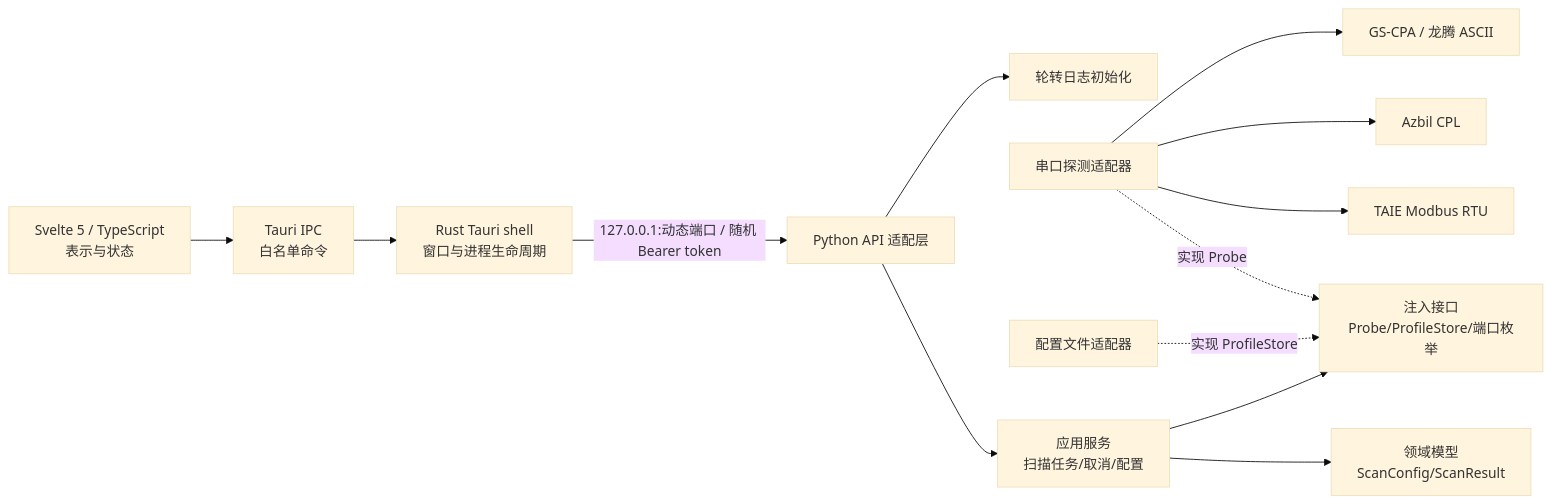
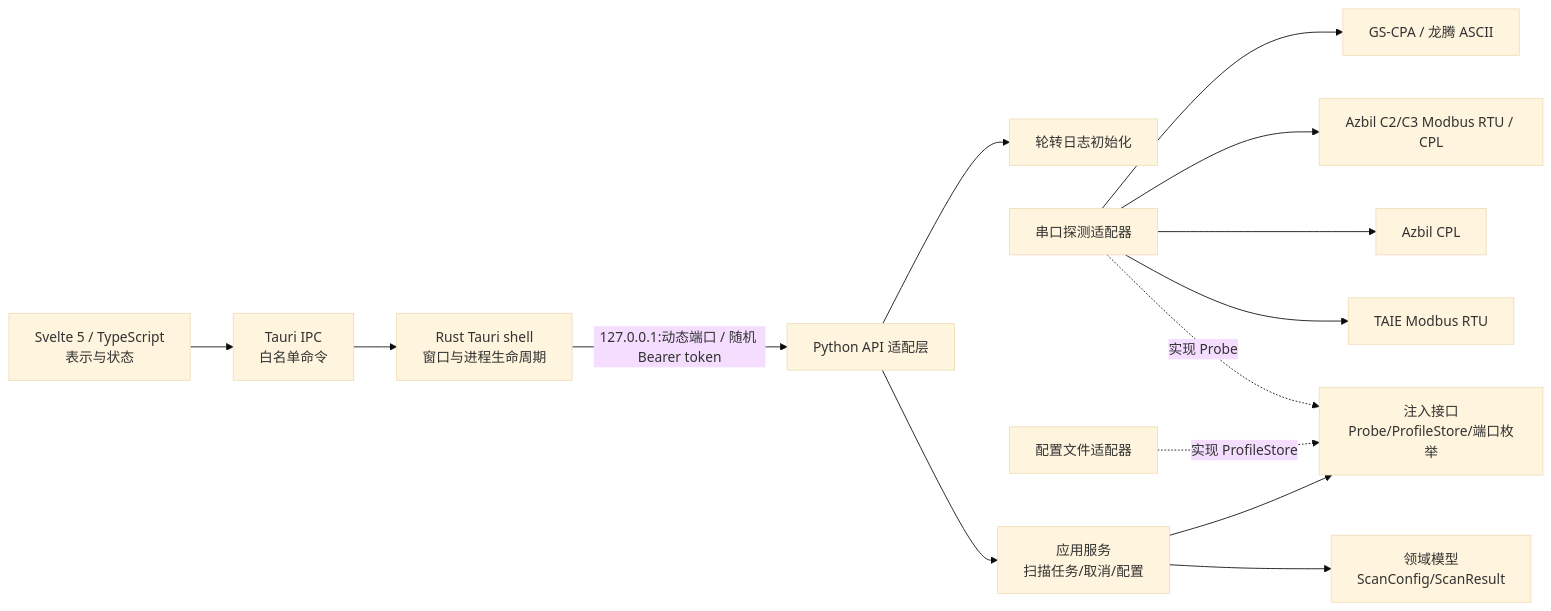
One commit to kevinalliswell/RKA-3000-comm-tester changed the first of 3 diagrams in docs/technical-architecture.md. Above: the diagram before and after it, drawn with Mermaid (base theme). The commit also changed 15 other files, not shown here.

````diff
--- a/docs/technical-architecture.md
+++ b/docs/technical-architecture.md
@@ -7,15 +7,16 @@
 ```mermaid
 flowchart LR
     UI["Svelte 5 / TypeScript<br/>表示与状态"] --> IPC["Tauri IPC<br/>白名单命令"]
     IPC --> Shell["Rust Tauri shell<br/>窗口与进程生命周期"]
     Shell -->|"127.0.0.1:动态端口 / 随机 Bearer token"| API[Python API 适配层]
     API --> App["应用服务<br/>扫描任务/取消/配置"]
     App --> Domain["领域模型<br/>ScanConfig/ScanResult"]
     App --> Ports["注入接口<br/>Probe/ProfileStore/端口枚举"]
     Scanner[串口探测适配器] -.实现 Probe.-> Ports
     Scanner --> TAIE[TAIE Modbus RTU]
     Scanner --> Azbil[Azbil CPL]
+    Scanner --> AzbilTemp[Azbil C2/C3 Modbus RTU / CPL]
     Scanner --> Balance[GS-CPA / 龙腾 ASCII]
     Store[配置文件适配器] -.实现 ProfileStore.-> Ports
     API --> Logs[轮转日志初始化]
 ```
````
